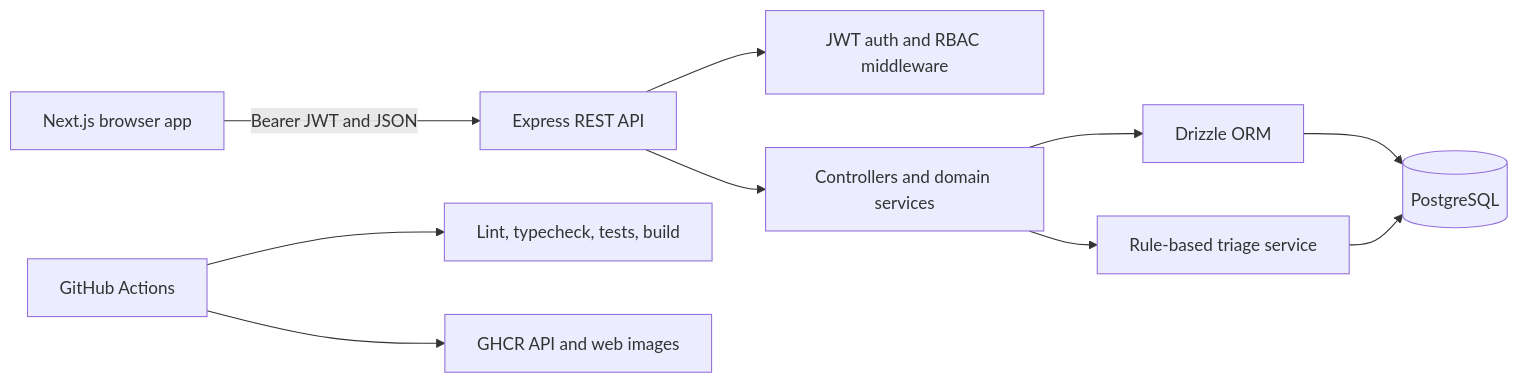
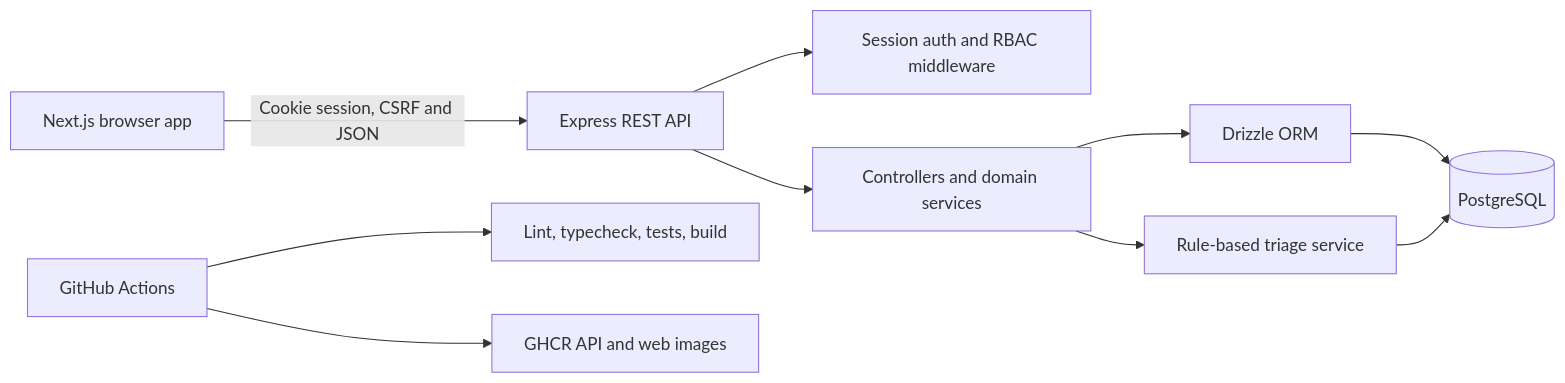
The first of 3 diagrams in clientops-tracker/README.md (EdenCirakoglu/Client-Tracker), drawn with Mermaid before and after one commit. The commit also changed other lines of this file and 70 other files, not shown here.

````diff
--- a/clientops-tracker/README.md
+++ b/clientops-tracker/README.md
@@ -33,12 +33,12 @@
 ```mermaid
 flowchart LR
-    Browser[Next.js browser app] -->|Bearer JWT and JSON| API[Express REST API]
-    API --> Auth[JWT auth and RBAC middleware]
+    Browser[Next.js browser app] -->|Cookie session, CSRF and JSON| API[Express REST API]
+    API --> Auth[Session auth and RBAC middleware]
     API --> Services[Controllers and domain services]
     Services --> ORM[Drizzle ORM]
     ORM --> DB[(PostgreSQL)]
     Services --> Triage[Rule-based triage service]
     Triage --> DB
     CI[GitHub Actions] --> Checks[Lint, typecheck, tests, build]
     CI --> Images[GHCR API and web images]
 ```
````
